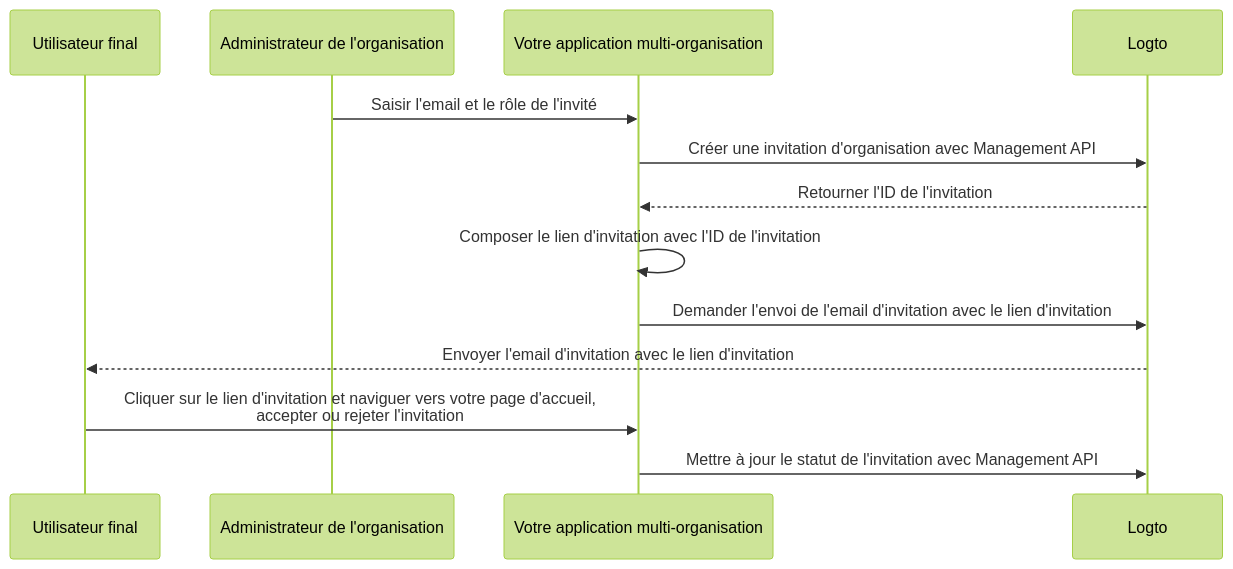
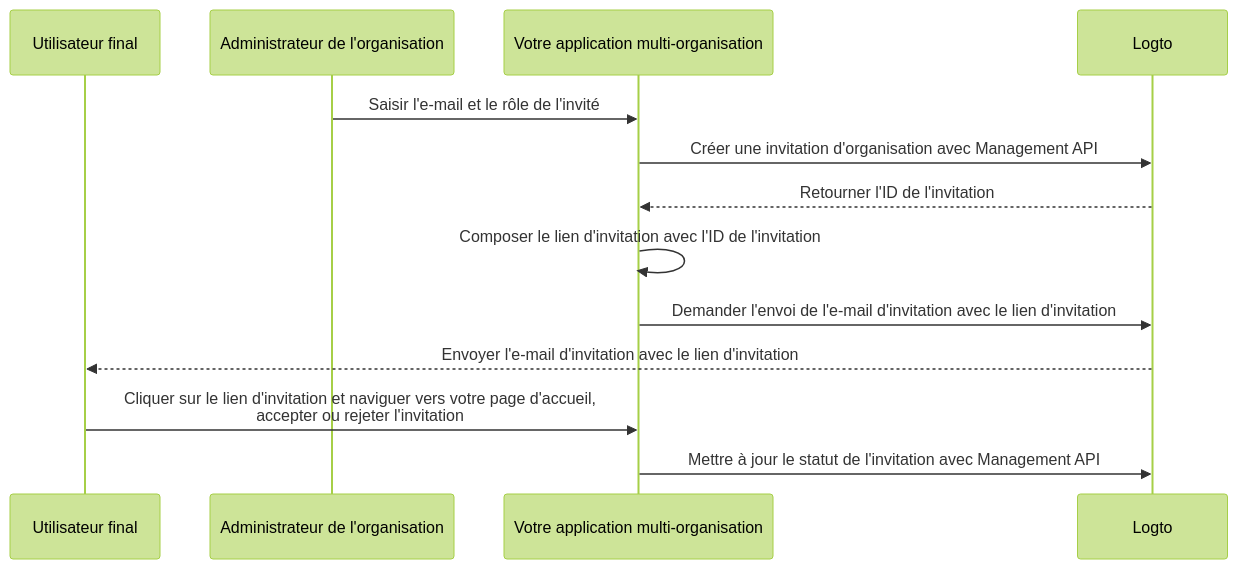
One commit to logto-io/docs changed the diagram in i18n/fr/docusaurus-plugin-content-docs/current/end-user-flows/organization-experience/invite-organization-members.mdx. Above: the diagram before and after it, drawn with Mermaid (forest theme). The commit also changed other lines of this file and 407 other files, not shown here.

````diff
--- a/i18n/fr/docusaurus-plugin-content-docs/current/end-user-flows/organization-experience/invite-organization-members.mdx
+++ b/i18n/fr/docusaurus-plugin-content-docs/current/end-user-flows/organization-experience/invite-organization-members.mdx
@@ -13,16 +13,16 @@
 ```mermaid
 sequenceDiagram
 	Participant U as Utilisateur final
   Participant A as Administrateur de l'organisation
   Participant C as Votre application multi-organisation
 	Participant L as Logto
 
-  A ->> C: Saisir l'email et le rôle de l'invité
+  A ->> C: Saisir l'e-mail et le rôle de l'invité
   C ->> L: Créer une invitation d'organisation avec Management API
   L -->> C: Retourner l'ID de l'invitation
   C ->> C: Composer le lien d'invitation avec l'ID de l'invitation
-  C ->> L: Demander l'envoi de l'email d'invitation avec le lien d'invitation
-  L -->> U: Envoyer l'email d'invitation avec le lien d'invitation
+  C ->> L: Demander l'envoi de l'e-mail d'invitation avec le lien d'invitation
+  L -->> U: Envoyer l'e-mail d'invitation avec le lien d'invitation
   U ->> C: Cliquer sur le lien d'invitation et naviguer vers votre page d'accueil,<br /> accepter ou rejeter l'invitation
   C ->> L: Mettre à jour le statut de l'invitation avec Management API
 ```
````
